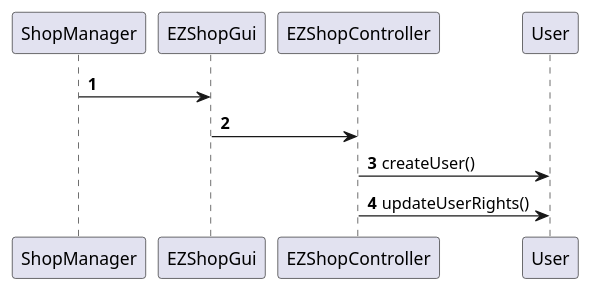
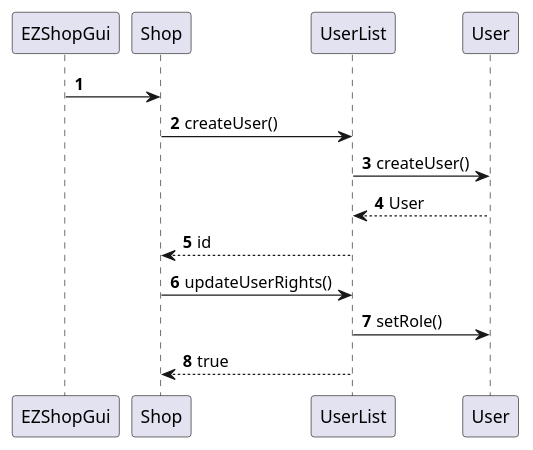
Before and after one commit to mkexc/ezshop: the fourth of 12 diagrams in Deliverables/DesignDocument.md, drawn with PlantUML. The commit also changed other lines of this file and 3 other files, not shown here.

Commit message:
Deliverables: fixed LowLevel design, added sequence diagrams, started estimation

````diff
--- a/Deliverables/DesignDocument.md
+++ b/Deliverables/DesignDocument.md
@@ -352,9 +381,13 @@
 ```plantuml
 @startuml
 autonumber
-ShopManager ->EZShopGui
-EZShopGui -> EZShopController
-EZShopController -> User : createUser()
-EZShopController -> User : updateUserRights()
+EZShopGui -> Shop 
+Shop -> UserList : createUser()
+UserList -> User : createUser()
+UserList <-- User : User
+Shop <-- UserList : id
+Shop -> UserList : updateUserRights()
+UserList -> User : setRole()
+Shop <-- UserList : true
 @enduml
 ```
````
